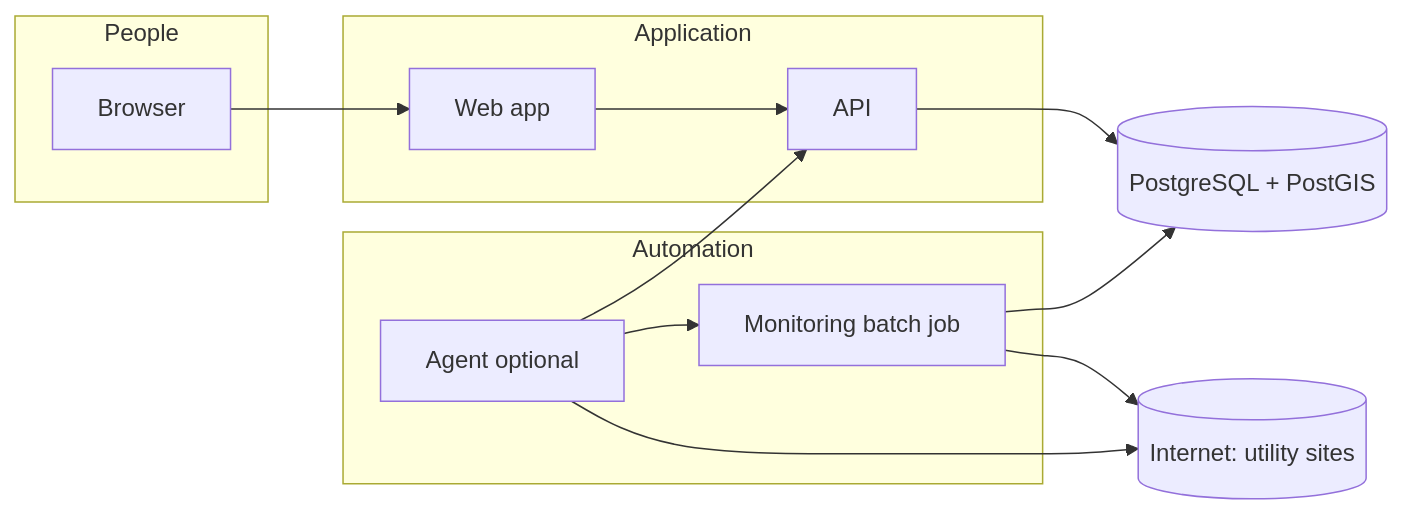
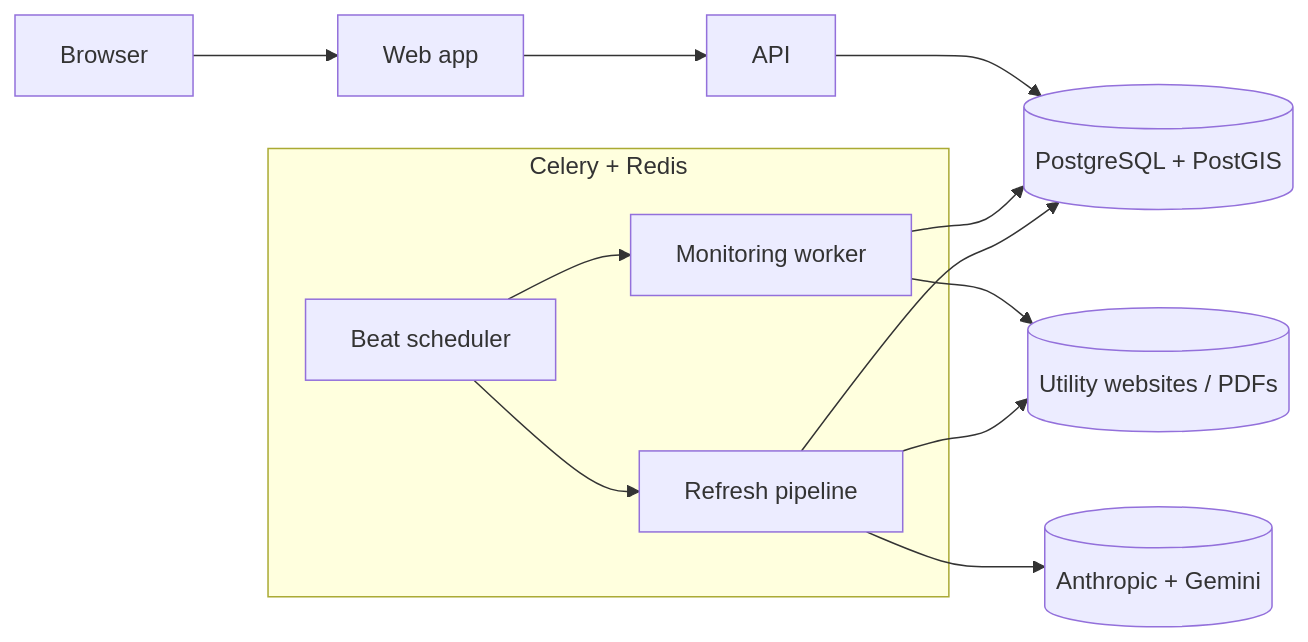
One commit to joshuagreen55/utility-tariff-finder changed the diagram in docs/ARCHITECTURE.md. Above: the diagram before and after it, drawn with Mermaid. The commit also changed other lines of this file and 4 other files, not shown here.

First line of the commit message:
Refresh docs: add AGENTS.md system-of-record and update architecture

````diff
--- a/docs/ARCHITECTURE.md
+++ b/docs/ARCHITECTURE.md
@@ -25,23 +30,16 @@
 ```mermaid
 flowchart LR
-  subgraph users [People]
-    U[Browser]
+  U[Browser] --> FE[Web app] --> API[API] --> DB[(PostgreSQL + PostGIS)]
+  subgraph automation [Celery + Redis]
+    MON[Monitoring worker]
+    REF[Refresh pipeline]
+    BEAT[Beat scheduler]
   end
-  subgraph app [Application]
-    FE[Web app]
-    API[API]
-  end
-  DB[(PostgreSQL + PostGIS)]
-  subgraph automation [Automation]
-    JOB[Monitoring batch job]
-    AG[Agent optional]
-  end
-  NET[(Internet: utility sites)]
-
-  U --> FE --> API --> DB
-  JOB --> DB
-  JOB --> NET
-  AG --> NET
-  AG --> API
-  AG --> JOB
+  BEAT --> MON
+  BEAT --> REF
+  MON --> DB
+  REF --> DB
+  REF --> LLM[(Anthropic + Gemini)]
+  MON --> NET[(Utility websites / PDFs)]
+  REF --> NET
 ```
````
